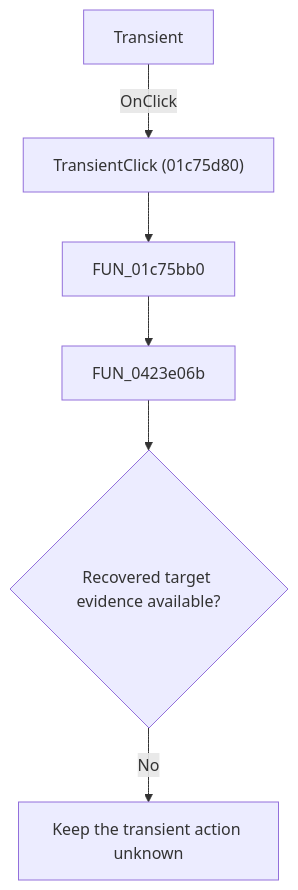
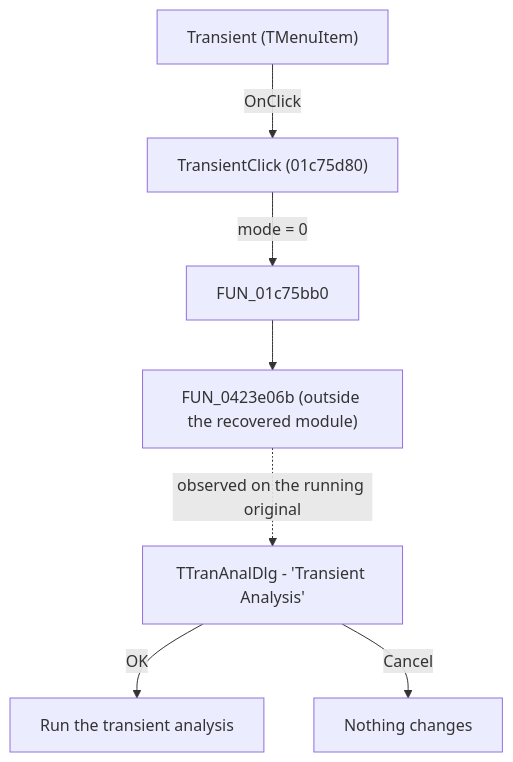
Before and after one commit to MovGP0/TIARA: the diagram in docs/ui-controls/schematiceditor/transient-4bee190c1c.md, drawn with Mermaid. The commit also changed other lines of this file and 106 other files, not shown here.

````diff
--- a/docs/ui-controls/schematiceditor/transient-4bee190c1c.md
+++ b/docs/ui-controls/schematiceditor/transient-4bee190c1c.md
@@ -25,8 +33,9 @@
 ```mermaid
 flowchart TD
-    control["Transient"] -->|"OnClick"| handler["TransientClick (01c75d80)"]
-    handler --> wrapper["FUN_01c75bb0"]
-    wrapper --> missing["FUN_0423e06b"]
-    missing --> gap{"Recovered target evidence available?"}
-    gap -->|"No"| blocked["Keep the transient action unknown"]
+    control["Transient (TMenuItem)"] -->|"OnClick"| handler["TransientClick (01c75d80)"]
+    handler -->|"mode = 0"| wrapper["FUN_01c75bb0"]
+    wrapper --> protected["FUN_0423e06b (outside the recovered module)"]
+    protected -.->|"observed on the running original"| dialog["TTranAnalDlg - 'Transient Analysis'"]
+    dialog -->|"OK"| run["Run the transient analysis"]
+    dialog -->|"Cancel"| none["Nothing changes"]
 ```
````
